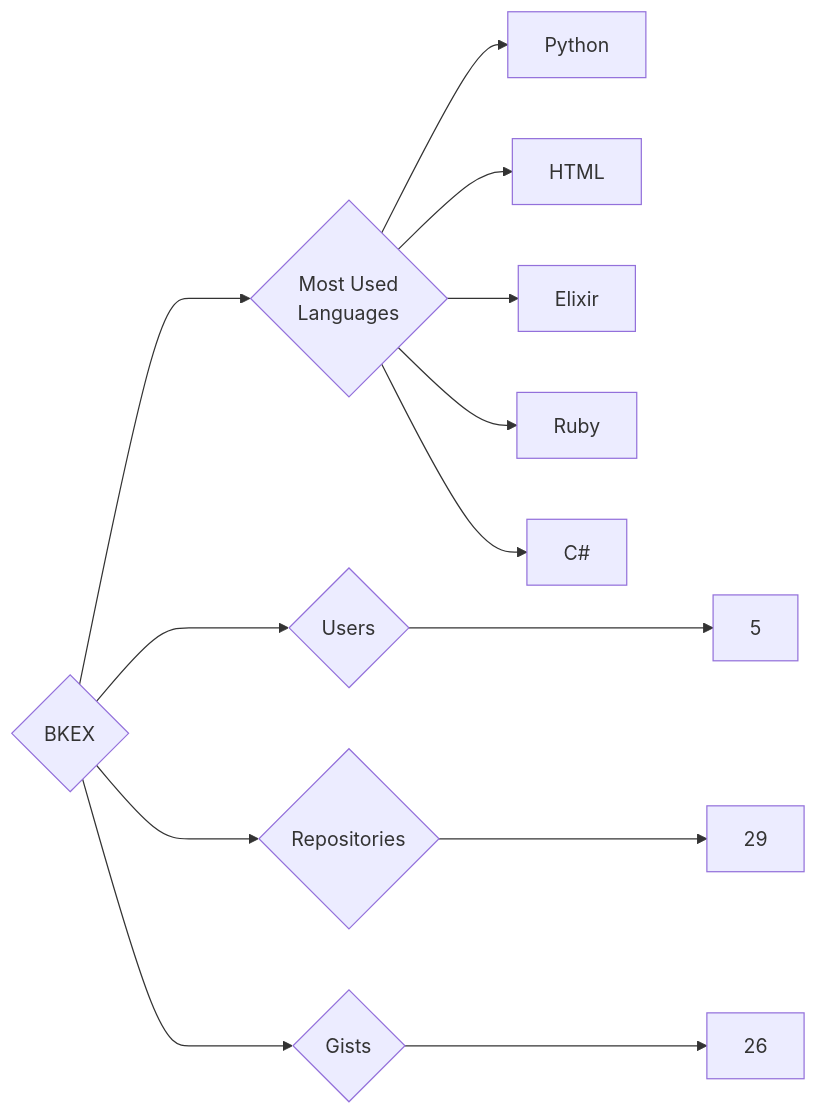
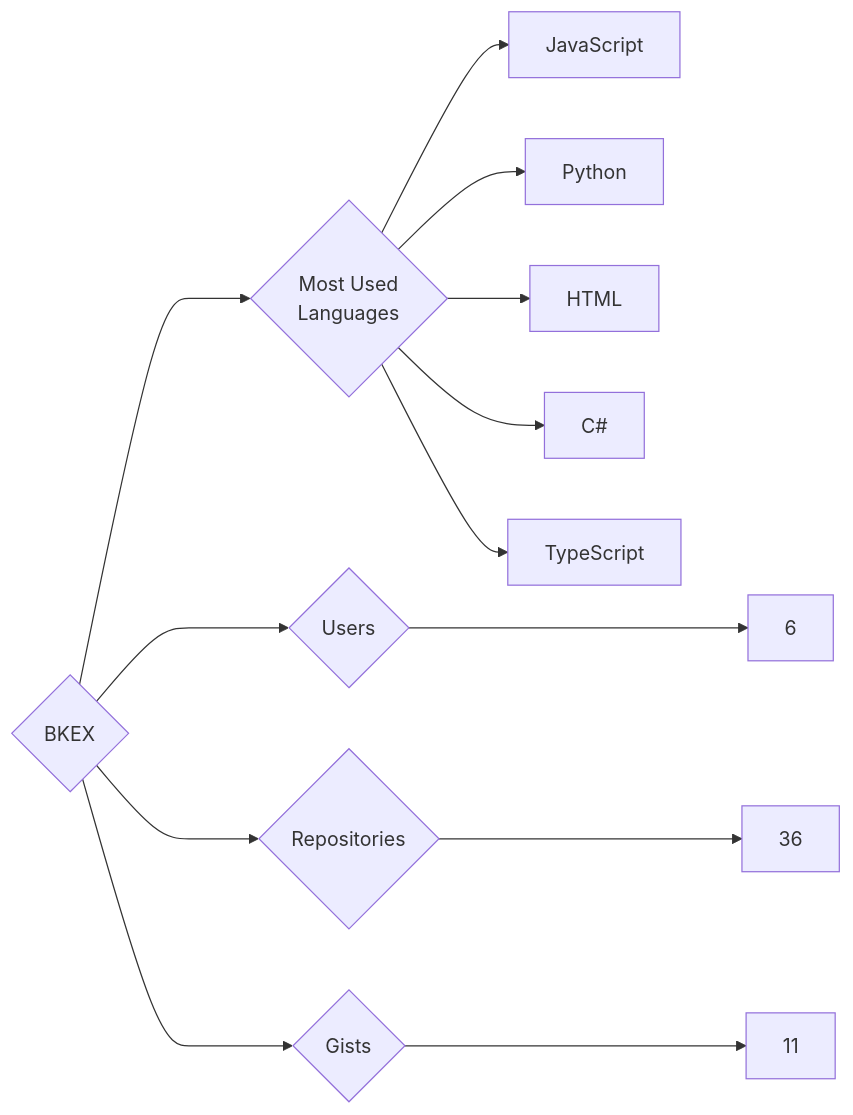
Before and after one commit to trickest/insiders: the diagram in targets/BKEX/README.md, drawn with Mermaid. The commit also changed 1166 other files, not shown here.

````diff
--- a/targets/BKEX/README.md
+++ b/targets/BKEX/README.md
@@ -3,13 +3,13 @@
 ```mermaid
 graph LR
 COMPANY_NAME{BKEX}
-COMPANY_NAME ---> U{Users} ---> UN[5]
-COMPANY_NAME ---> R{Repositories} ---> RN[29]
-COMPANY_NAME ---> G{Gists} ---> GN[26]
+COMPANY_NAME ---> U{Users} ---> UN[6]
+COMPANY_NAME ---> R{Repositories} ---> RN[36]
+COMPANY_NAME ---> G{Gists} ---> GN[11]
 COMPANY_NAME ---> ML{Most Used<br>Languages}
+ML --> JavaScript[JavaScript]
 ML --> Python[Python]
 ML --> HTML[HTML]
-ML --> Elixir[Elixir]
-ML --> Ruby[Ruby]
 ML --> C#[C#]
+ML --> TypeScript[TypeScript]
 ```
````
